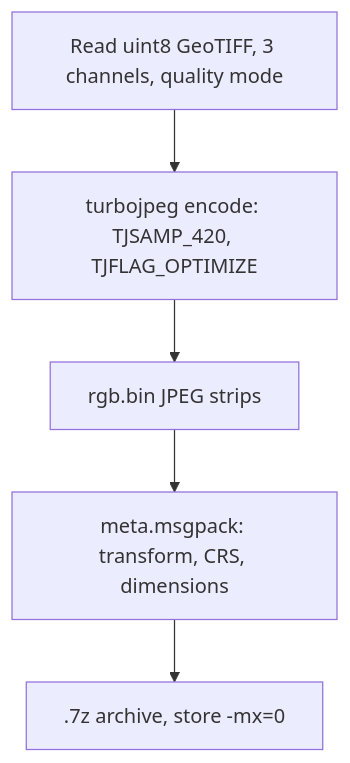
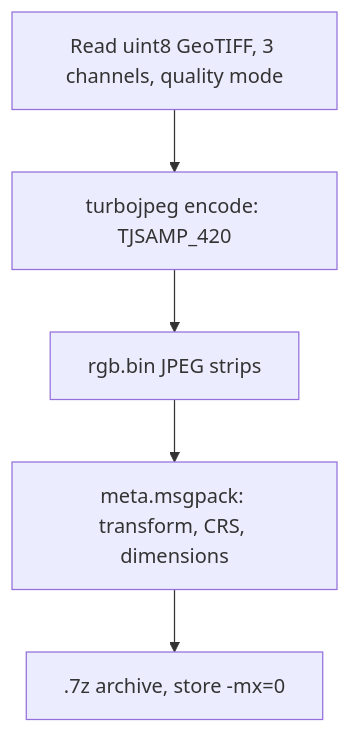
The fifth of 10 diagrams in README.md (qkq74/FIDWAC-V2), drawn with Mermaid before and after one commit. The commit also changed other lines of this file and 757 other files, not shown here.

````diff
--- a/README.md
+++ b/README.md
@@ -370,7 +661,7 @@
 ```mermaid
 graph TB
-    A["Read uint8 GeoTIFF, 3 channels, quality mode"] --> C["turbojpeg encode: TJSAMP_420, TJFLAG_OPTIMIZE"]
+    A["Read uint8 GeoTIFF, 3 channels, quality mode"] --> C["turbojpeg encode: TJSAMP_420"]
     C --> D["rgb.bin JPEG strips"]
     D --> F["meta.msgpack: transform, CRS, dimensions"]
     F --> G[".7z archive, store -mx=0"]
 ```
````
